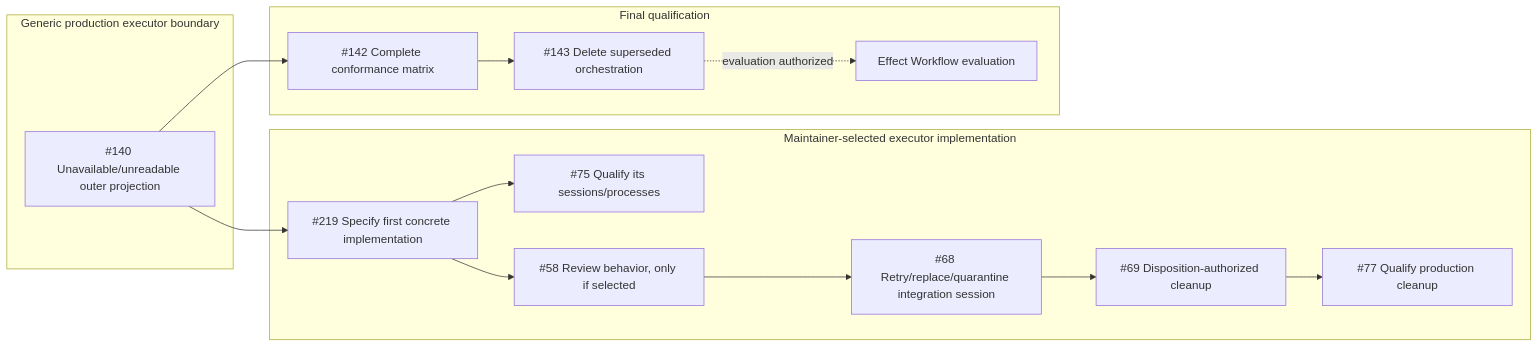
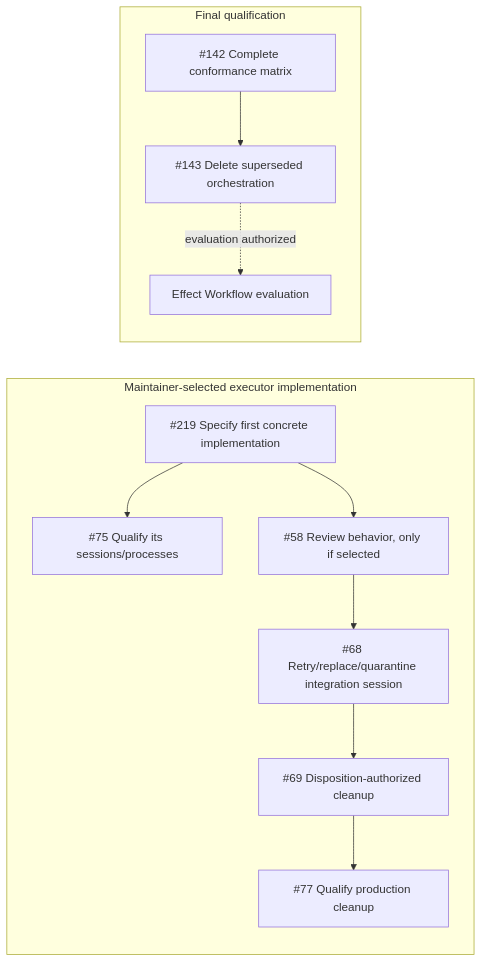
The diagram in research/effect-workflow-prerequisite-subgraph.md (dearlordylord/dalph), drawn with Mermaid before and after one commit. The commit also changed other lines of this file and 1 other file, not shown here.

````diff
--- a/research/effect-workflow-prerequisite-subgraph.md
+++ b/research/effect-workflow-prerequisite-subgraph.md
@@ -1,32 +1,26 @@
 ```mermaid
 flowchart LR
-  subgraph generic["Generic production executor boundary"]
-    i140["#140 Unavailable/unreadable outer projection"]
-  end
-
   subgraph concrete["Maintainer-selected executor implementation"]
     i219["#219 Specify first concrete implementation"]
     i75["#75 Qualify its sessions/processes"]
     i58["#58 Review behavior, only if selected"]
     i68["#68 Retry/replace/quarantine integration session"]
     i69["#69 Disposition-authorized cleanup"]
     i77["#77 Qualify production cleanup"]
   end
 
   subgraph final["Final qualification"]
     i142["#142 Complete conformance matrix"]
     i143["#143 Delete superseded orchestration"]
     effectWorkflow["Effect Workflow evaluation"]
   end
 
-  i140 --> i142
   i142 --> i143
   i143 -. evaluation authorized .-> effectWorkflow
 
-  i140 --> i219
   i219 --> i75
   i219 --> i58
   i58 --> i68
   i68 --> i69
   i69 --> i77
 ```
````
